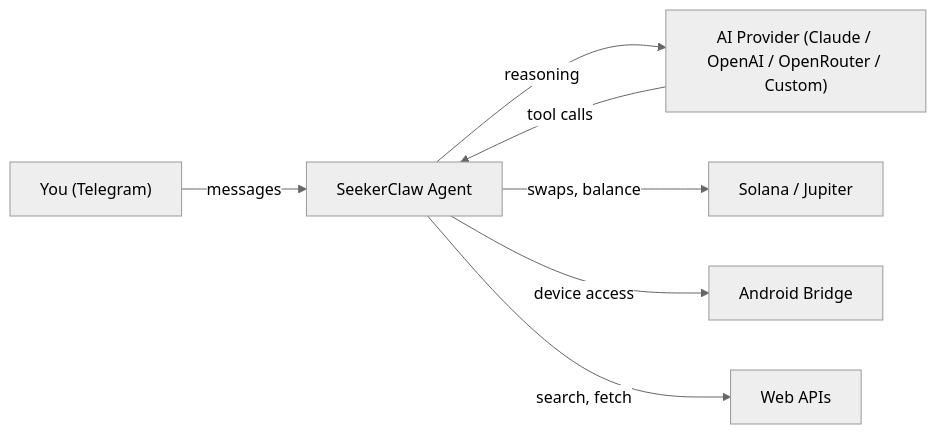
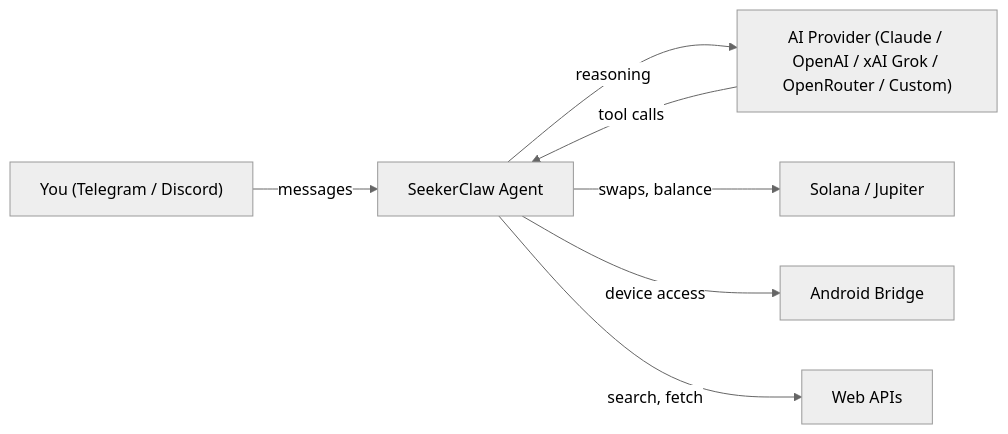
Before and after one commit to zqf20096327/ai_collect: the diagram in data/readmes/sepivip__SeekerClaw.md, drawn with Mermaid (neutral theme). The commit also changed other lines of this file and 1983 other files, not shown here.

````diff
--- a/data/readmes/sepivip__SeekerClaw.md
+++ b/data/readmes/sepivip__SeekerClaw.md
@@ -106,9 +111,9 @@
 ```mermaid
 graph LR
-    You["You (Telegram)"] -->|messages| Agent["SeekerClaw Agent"]
-    Agent -->|reasoning| AI["AI Provider (Claude / OpenAI / OpenRouter / Custom)"]
+    You["You (Telegram / Discord)"] -->|messages| Agent["SeekerClaw Agent"]
+    Agent -->|reasoning| AI["AI Provider (Claude / OpenAI / xAI Grok / OpenRouter / Custom)"]
     Agent -->|swaps, balance| Solana["Solana / Jupiter"]
     Agent -->|device access| Bridge["Android Bridge"]
     Agent -->|search, fetch| Web["Web APIs"]
     AI -->|tool calls| Agent
 ```
````
